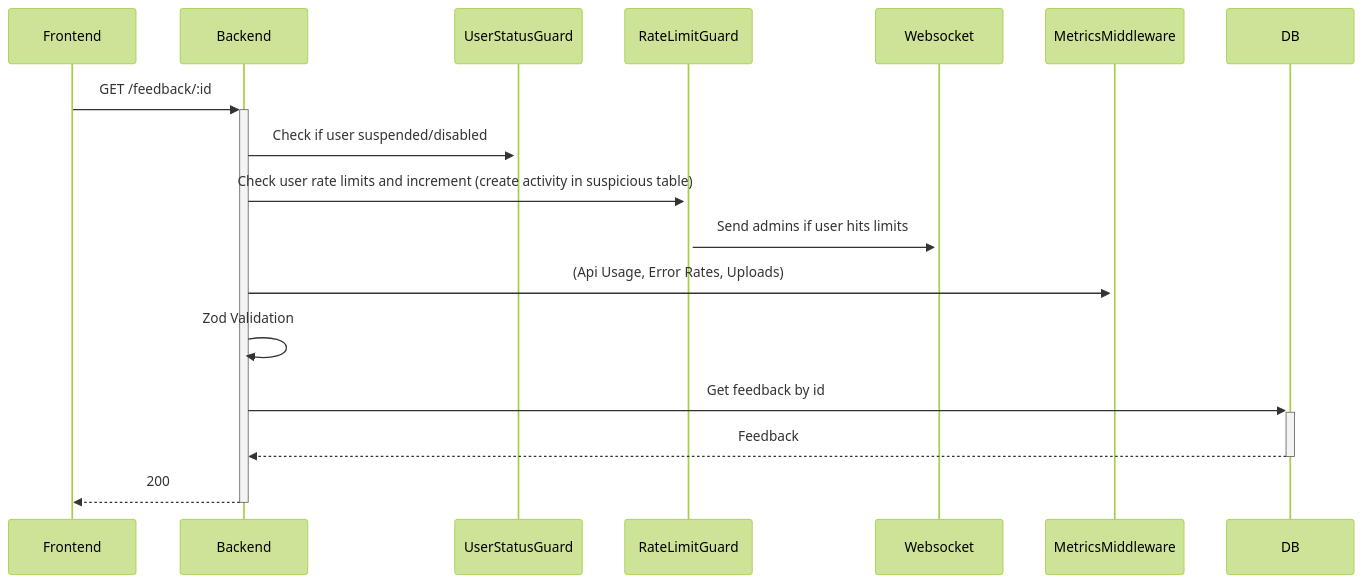
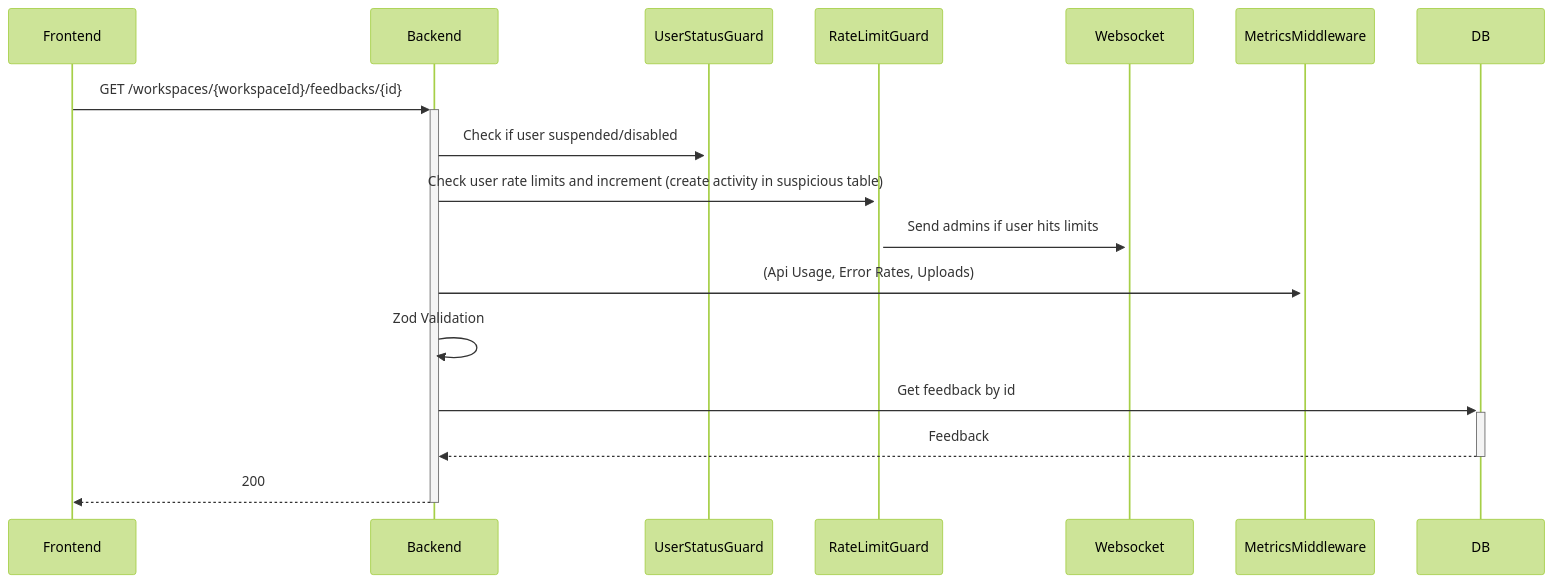
Before and after one commit to Xayrulloh/Feedback-Sentiment: the fifth of 33 diagrams in README.md, drawn with Mermaid (forest theme). The commit also changed other lines of this file, not shown here.

````diff
--- a/README.md
+++ b/README.md
@@ -200,12 +201,12 @@
 ```mermaid
 sequenceDiagram
-    Frontend->>+Backend: GET /feedback/:id
+    Frontend->>+Backend: GET /workspaces/{workspaceId}/feedbacks/{id}
     Backend->>+UserStatusGuard: Check if user suspended/disabled
     Backend->>+RateLimitGuard: Check user rate limits and increment (create activity in suspicious table)
     RateLimitGuard->>+Websocket: Send admins if user hits limits
     Backend->>+MetricsMiddleware: (Api Usage, Error Rates, Uploads)
     Backend->>Backend: Zod Validation
     Backend->>+DB: Get feedback by id
     DB-->>-Backend: Feedback
     Backend-->>-Frontend: 200
 ```
````
